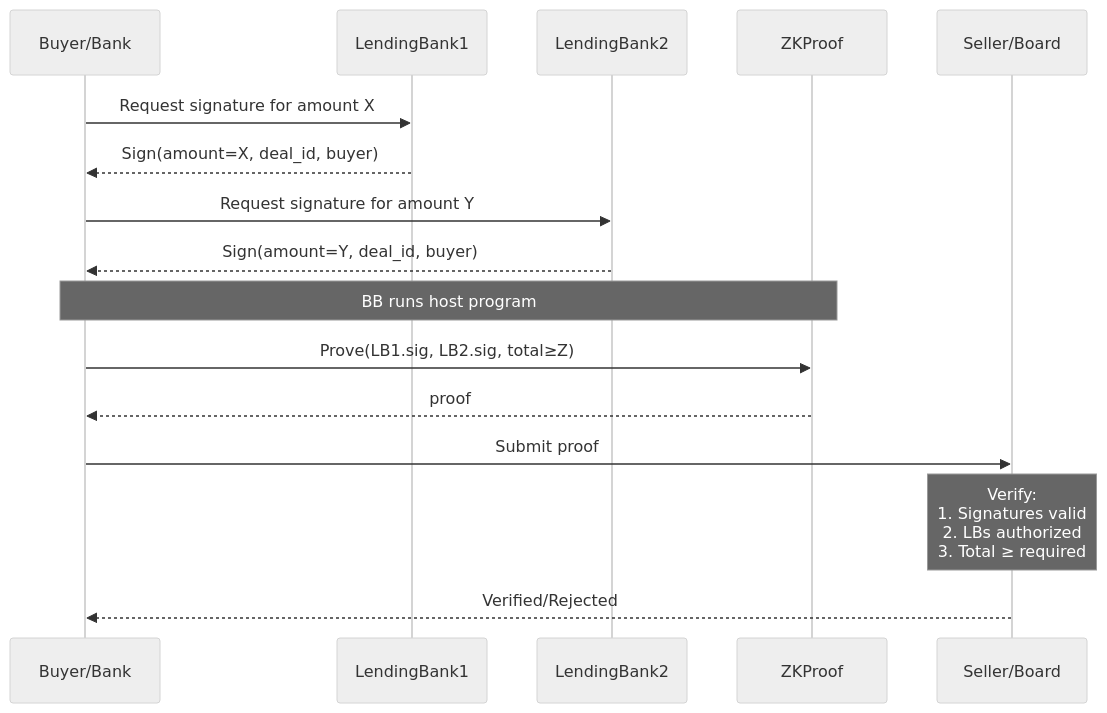
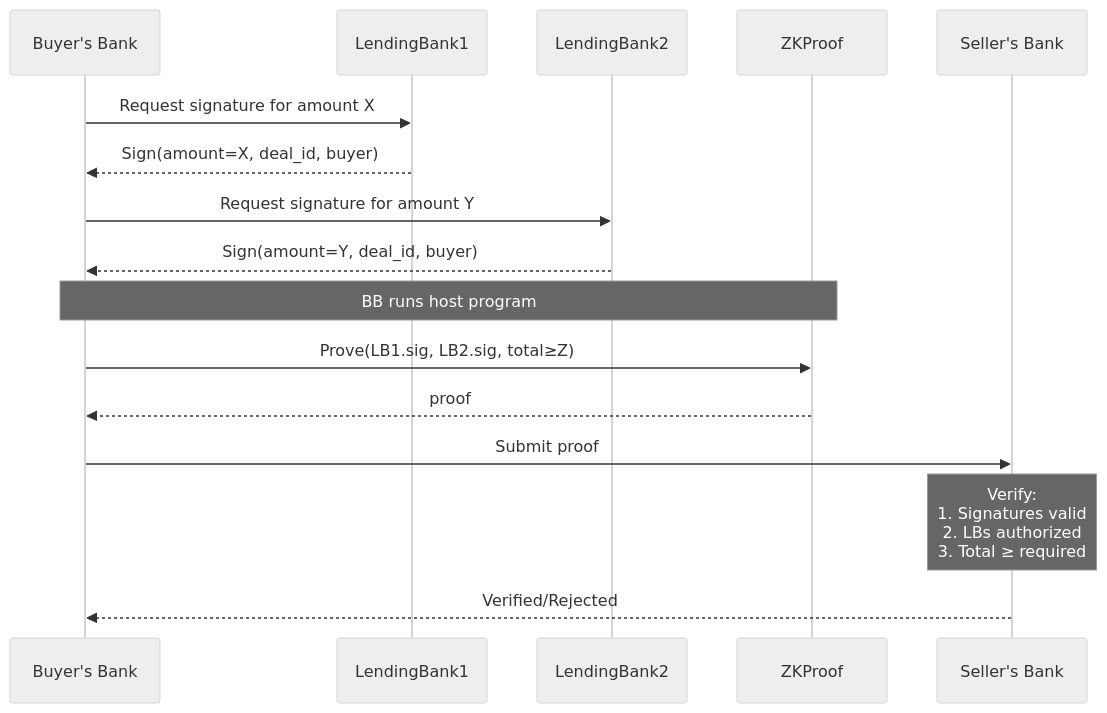
The diagram in README.md (oskarth/rwz-pof), drawn with Mermaid (neutral theme) before and after one commit. The commit also changed other lines of this file, not shown here.

````diff
--- a/README.md
+++ b/README.md
@@ -121,21 +121,21 @@
 ```mermaid
 sequenceDiagram
-    participant BB as Buyer/Bank
+    participant BB as Buyer's Bank
     participant LB1 as LendingBank1
     participant LB2 as LendingBank2
     participant ZK as ZKProof
-    participant SB as Seller/Board
+    participant SB as Seller's Bank
 
     BB->>LB1: Request signature for amount X
     LB1-->>BB: Sign(amount=X, deal_id, buyer)
     BB->>LB2: Request signature for amount Y
     LB2-->>BB: Sign(amount=Y, deal_id, buyer)
 
     Note over BB,ZK: BB runs host program
     BB->>ZK: Prove(LB1.sig, LB2.sig, total≥Z)
     ZK-->>BB: proof
 
     BB->>SB: Submit proof
     Note over SB: Verify:<br/>1. Signatures valid<br/>2. LBs authorized<br/>3. Total ≥ required
     SB-->>BB: Verified/Rejected
 ```
````
